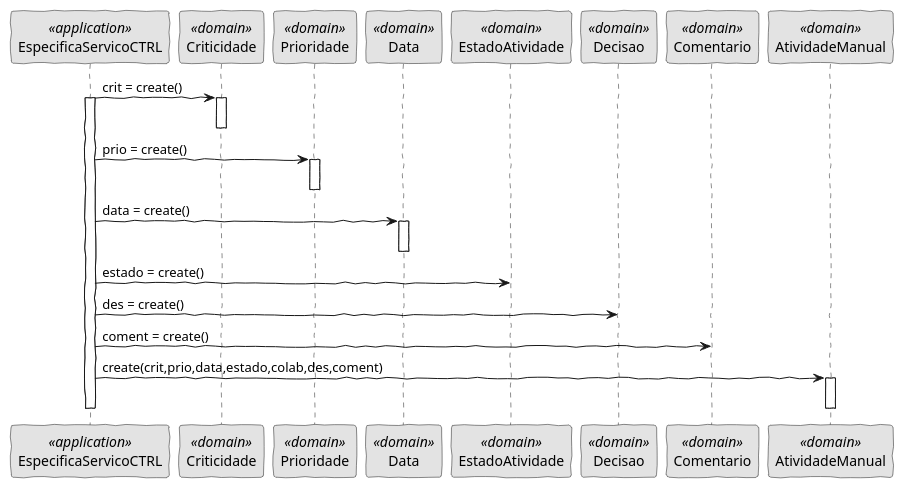
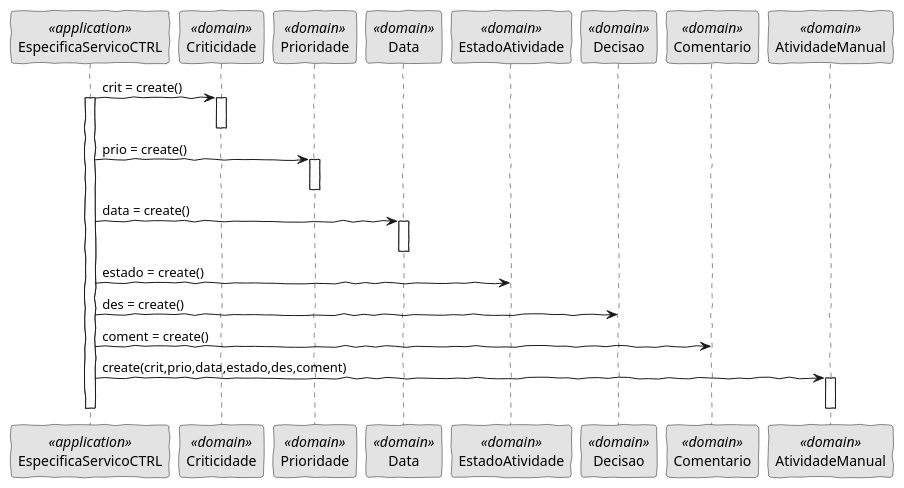
The diagram in docs/Sprint C/1190974/US1005/SD.puml (pedrolemos4/LAPR4), drawn with PlantUML before and after one commit. The commit also changed 4 other files, not shown here.

```diff
--- a/docs/Sprint C/1190974/US1005/SD.puml
+++ b/docs/Sprint C/1190974/US1005/SD.puml
@@ -1,43 +1,43 @@
 @startuml
 'http://plantuml.com/skinparam.html
 skinparam handwritten true
 skinparam monochrome true
 skinparam packageStyle rect
 skinparam defaultFontName FG Virgil
 skinparam shadowing false
 
 participant EspecificaServicoCTRL as Controller <<application>>
 participant Criticidade as Criticidade <<domain>>
 participant Prioridade as Prioridade <<domain>>
 participant Data as Data <<domain>>
 participant EstadoAtividade as EstadoAtividade <<domain>>
 participant Decisao as Decisao <<domain>>
 participant Comentario as Comentario <<domain>>
 participant AtividadeManual as AtividadeManual <<domain>>
 
     
       Controller -> Criticidade: crit = create()
     activate Controller
     activate Criticidade
     deactivate Criticidade
       Controller -> Prioridade: prio = create()
     activate Prioridade
     deactivate Prioridade
       Controller -> Data: data = create()
     activate Data
     deactivate Data
       Controller -> EstadoAtividade: estado = create()
     deactivate EstadoAtividade
     deactivate EstadoAtividade
       Controller -> Decisao: des = create()
     deactivate Decisao
     deactivate Decisao
       Controller -> Comentario: coment = create()
     deactivate Comentario
     deactivate Comentario
-      Controller -> AtividadeManual: create(crit,prio,data,estado,colab,des,coment)
+      Controller -> AtividadeManual: create(crit,prio,data,estado,des,coment)
     activate AtividadeManual
     deactivate AtividadeManual
     deactivate Controller
 
 @enduml
```
